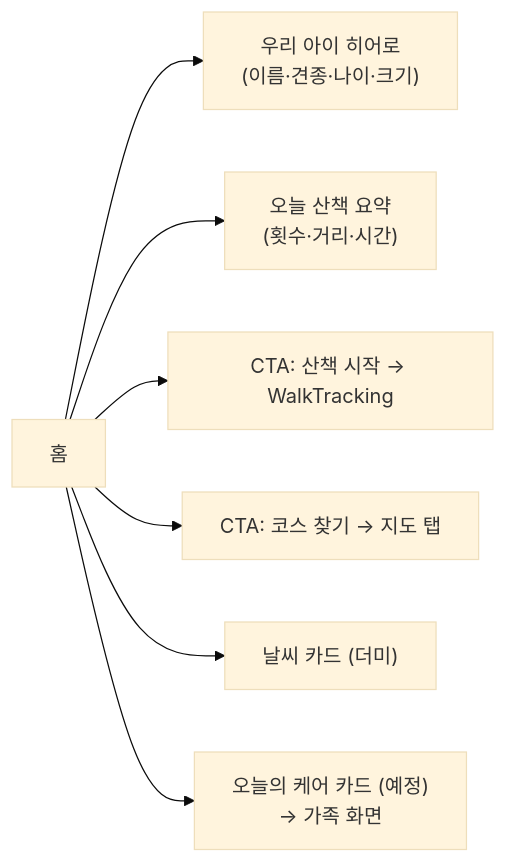
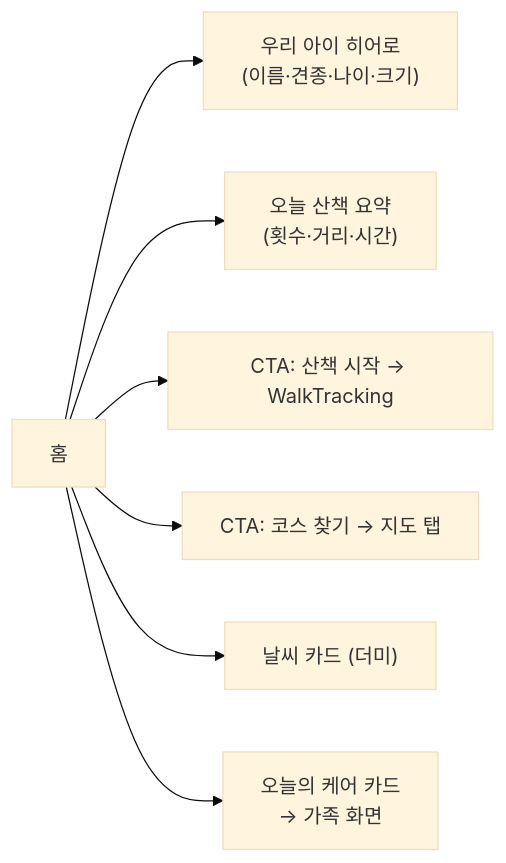
The third of 8 diagrams in docs/01-design/information-architecture.md (sanghyunbang/pawloop), drawn with Mermaid (base theme) before and after one commit. The commit also changed other lines of this file and 16 other files, not shown here.

````diff
--- a/docs/01-design/information-architecture.md
+++ b/docs/01-design/information-architecture.md
@@ -113,9 +116,9 @@
 ```mermaid
 graph LR
     H["홈"] --> H1["우리 아이 히어로<br/>(이름·견종·나이·크기)"]
     H --> H2["오늘 산책 요약<br/>(횟수·거리·시간)"]
     H --> H3["CTA: 산책 시작 → WalkTracking"]
     H --> H4["CTA: 코스 찾기 → 지도 탭"]
     H --> H5["날씨 카드 (더미)"]
-    H --> H6["오늘의 케어 카드 (예정)<br/>→ 가족 화면"]
+    H --> H6["오늘의 케어 카드<br/>→ 가족 화면"]
 ```
````
